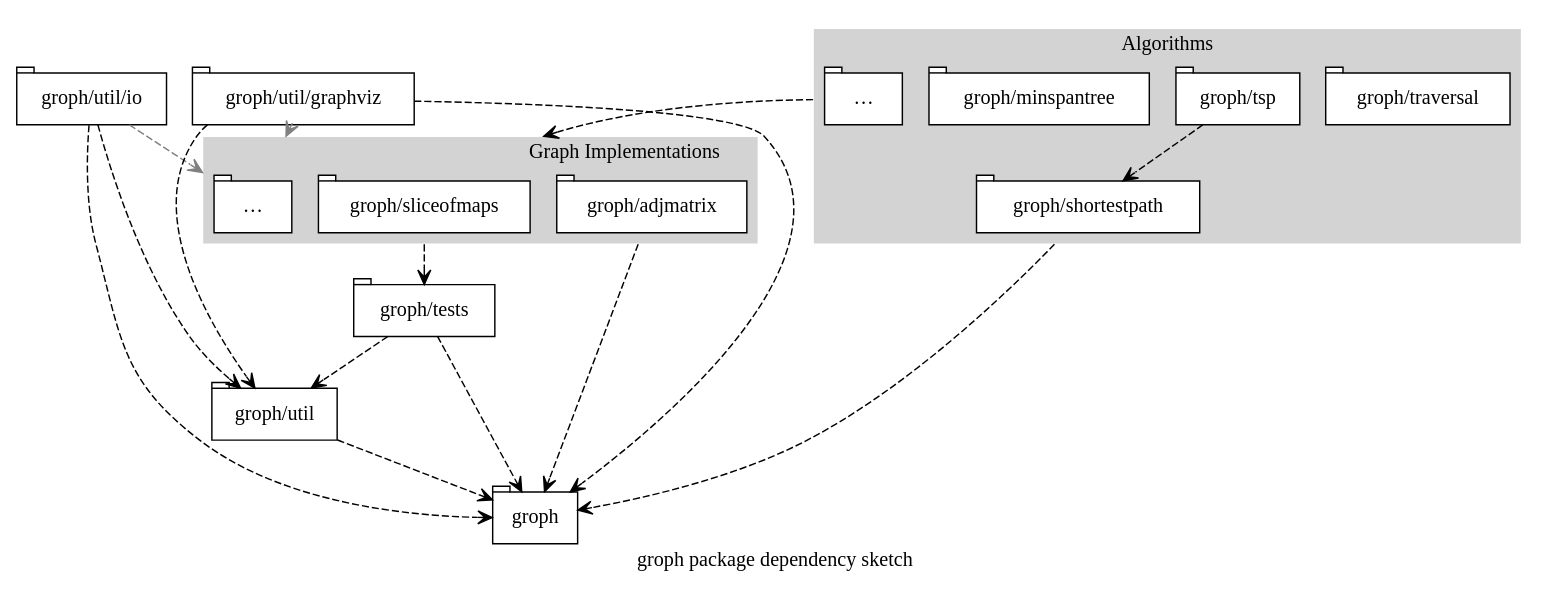
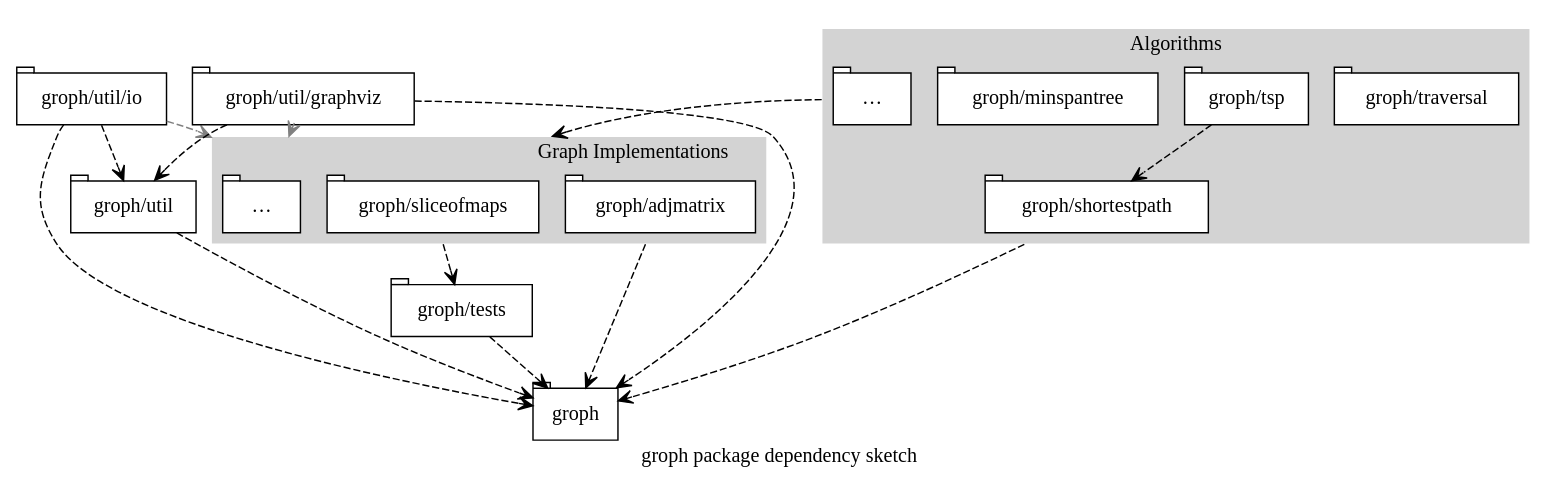
One commit to fractalqb/groph changed the diagram in docs/architecture.dot. Above: the diagram before and after it, drawn with Graphviz. The commit also changed 56 other files, not shown here.

```diff
--- a/docs/architecture.dot
+++ b/docs/architecture.dot
@@ -1,51 +1,50 @@
 digraph Groph {
 	compound=true;
 
 	graph [label="groph package dependency sketch"]
 	node [shape=tab,style=filled,fillcolor=white];
 	edge [arrowhead=vee, style=dashed];
 	
 	groph;
 	util [label="groph/util"];
 	io [label="groph/util/io"];
 	gv [label="groph/util/graphviz"];
 	tst [label="groph/tests"];
 	
 	subgraph cluster_g {
 		color=white;
 		style=filled;
 		fillcolor=lightgrey;
 		label="Graph Implementations";
 		labeljust=r;
 		amx [label="groph/adjmatrix"];
 		som [label="groph/sliceofmaps"];
 		getc [label="…"];
 	}
 	amx -> groph [ltail=cluster_g];
 	som -> tst [ltail=cluster_g];
 
 	subgraph cluster_a {
 		color=white;
 		style="filled";
 		fillcolor=lightgrey;
 		label="Algorithms";
 		trv [label="groph/traversal"];
 		shp [label="groph/shortestpath"];
 		tsp [label="groph/tsp"];
 		mst [label="groph/minspantree"];
 		aetc [label="…"];
 
 		tsp -> shp
 	}
 	shp -> groph [ltail=cluster_a];
 	aetc -> som [lhead=cluster_g, ltail=cluster_a];
 	
 	util -> groph;
 	io -> util, groph;
 	io -> getc [lhead=cluster_g, color=gray];
 	gv -> util, groph;
 	gv -> getc [lhead=cluster_g, color=gray];
 	
 	tst -> groph;
-	tst -> util;
 }
```
